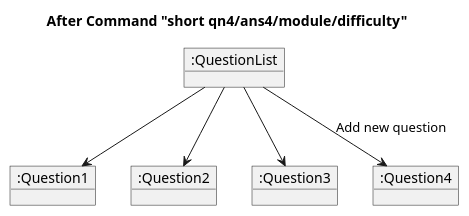
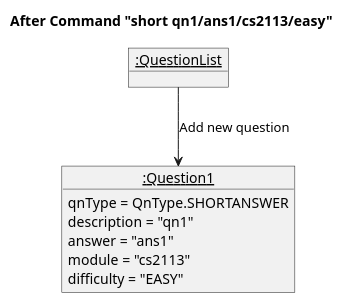
One commit to nus-cs2113-AY2324S1/tp changed the diagram in docs/UML/Commands/commandAddState.puml. Above: the diagram before and after it, drawn with PlantUML. The commit also changed 16 other files, not shown here.

Commit message:
Add DG diagrams

```diff
--- a/docs/UML/Commands/commandAddState.puml
+++ b/docs/UML/Commands/commandAddState.puml
@@ -2,18 +2,15 @@
 @startuml
-title After Command "short qn4/ans4/module/difficulty"
+title After Command "short qn1/ans1/cs2113/easy"
 
-object ":QuestionList" as QuestionList
+object "__:QuestionList__" as QuestionList
 
-object ":Question1" as Question1
+object "__:Question1__" as Question1 {
+    qnType = QnType.SHORTANSWER
+    description = "qn1"
+    answer = "ans1"
+    module = "cs2113"
+    difficulty = "EASY"
+}
 
-object ":Question2" as Question2
-
-object ":Question3" as Question3
-
-object ":Question4" as Question4
-
-QuestionList -->  Question1
-QuestionList --> Question2
-QuestionList --> Question3
-QuestionList --> Question4 : Add new question
+QuestionList --> Question1 : Add new question
 @enduml
```
